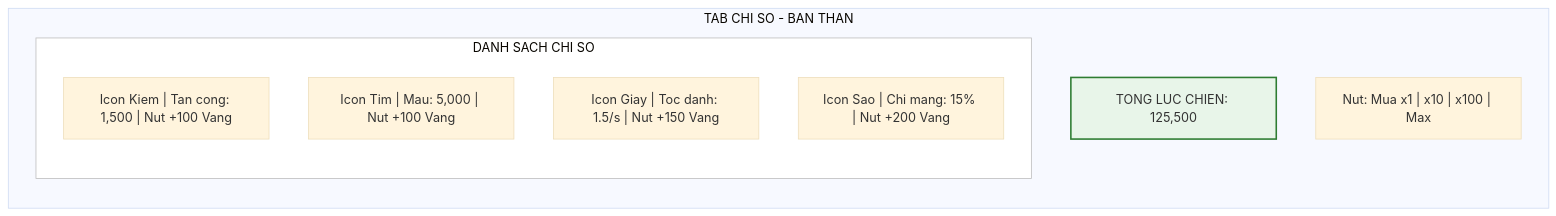
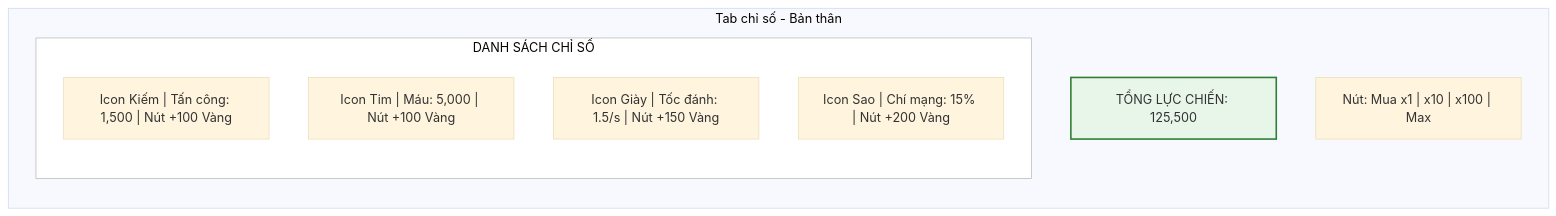
Before and after one commit to luantran-working/idlegame-designdocs: the second of 6 diagrams in docs/cac-chuc-nang-chinh-va-bo-cuc.md, drawn with Mermaid (base theme). The commit also changed other lines of this file and 16 other files, not shown here.

Commit message:
feat: Introduce extensive game design documentation covering game systems, UI, and roadmap, and enable Mermaid diagram support in Docusaurus.

````diff
--- a/docs/cac-chuc-nang-chinh-va-bo-cuc.md
+++ b/docs/cac-chuc-nang-chinh-va-bo-cuc.md
@@ -125,20 +125,20 @@
 ```mermaid
 flowchart TB
-    subgraph StatsTab["TAB CHI SO - BAN THAN"]
+    subgraph StatsTab["Tab chỉ số - Bản thân"]
         direction TB
-        Header["TONG LUC CHIEN: 125,500"]
+        Header["TỔNG LỰC CHIẾN: 125,500"]
 
-        subgraph StatsList["DANH SACH CHI SO"]
+        subgraph StatsList["DANH SÁCH CHỈ SỐ"]
             direction TB
-            ATK["Icon Kiem | Tan cong: 1,500 | Nut +100 Vang"]
-            HP["Icon Tim | Mau: 5,000 | Nut +100 Vang"]
-            ASPD["Icon Giay | Toc danh: 1.5/s | Nut +150 Vang"]
-            CRIT["Icon Sao | Chi mang: 15% | Nut +200 Vang"]
+            ATK["Icon Kiếm | Tấn công: 1,500 | Nút +100 Vàng"]
+            HP["Icon Tim | Máu: 5,000 | Nút +100 Vàng"]
+            ASPD["Icon Giày | Tốc đánh: 1.5/s | Nút +150 Vàng"]
+            CRIT["Icon Sao | Chí mạng: 15% | Nút +200 Vàng"]
         end
 
-        Footer["Nut: Mua x1 | x10 | x100 | Max"]
+        Footer["Nút: Mua x1 | x10 | x100 | Max"]
     end
 
     style Header fill:#e8f5e9,stroke:#2e7d32,stroke-width:2px
     style StatsList fill:#ffffff,stroke:#bdbdbd,stroke-width:1px
 ```
````
